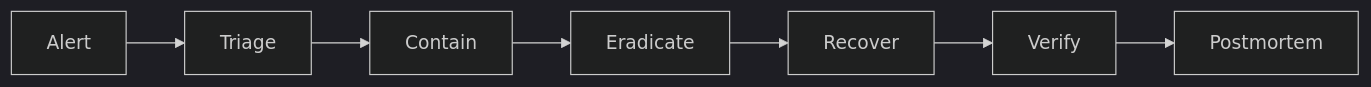
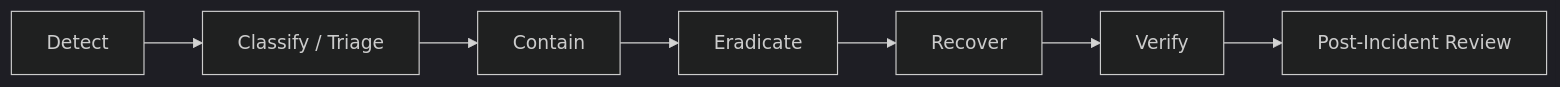
The first of 2 diagrams in docs/security/incident-response.md (D-engahmed/OMILINKS), drawn with Mermaid (dark theme) before and after one commit. The commit also changed other lines of this file and 2 other files, not shown here.

Commit message:
docs: deepen tenant isolation secrets and incident response

````diff
--- a/docs/security/incident-response.md
+++ b/docs/security/incident-response.md
@@ -13,9 +19,9 @@
-```mermaid
+~~~mermaid
 flowchart LR
-ALERT[Alert] --> TRIAGE[Triage]
+DETECT[Detect] --> TRIAGE[Classify / Triage]
 TRIAGE --> CONTAIN[Contain]
-CONTAIN --> FIX[Eradicate]
-FIX --> RECOVER[Recover]
+CONTAIN --> ERADICATE[Eradicate]
+ERADICATE --> RECOVER[Recover]
 RECOVER --> VERIFY[Verify]
-VERIFY --> RCA[Postmortem]
-```
+VERIFY --> LEARN[Post-Incident Review]
+~~~
````
